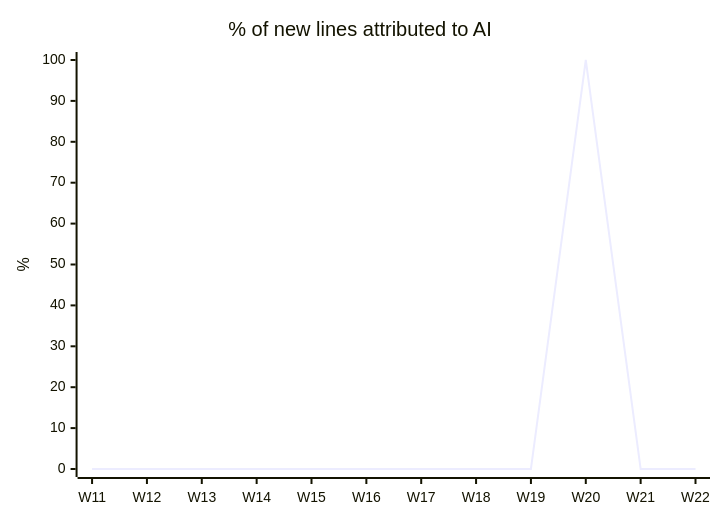
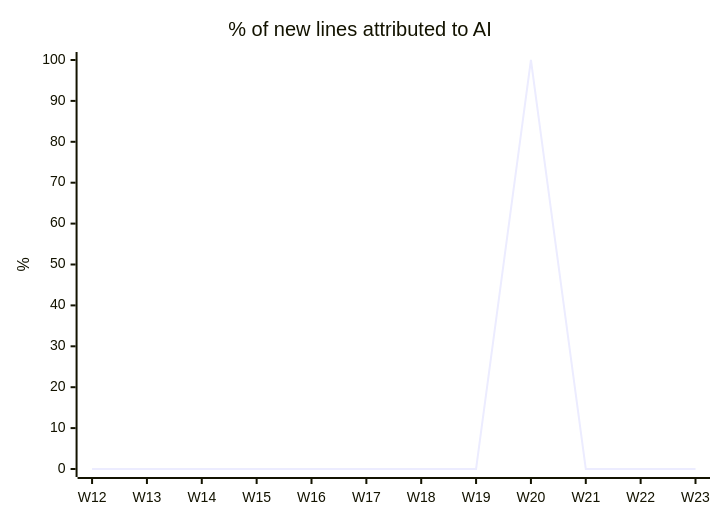
Before and after one commit to fromwaydowntown/ai-use: the first of 4 diagrams in docs/AI_USAGE.md, drawn with Mermaid. The commit also changed other lines of this file, not shown here.

````diff
--- a/docs/AI_USAGE.md
+++ b/docs/AI_USAGE.md
@@ -17,7 +17,7 @@
 ```mermaid
 xychart-beta
     title "% of new lines attributed to AI"
-    x-axis ["W11", "W12", "W13", "W14", "W15", "W16", "W17", "W18", "W19", "W20", "W21", "W22"]
+    x-axis ["W12", "W13", "W14", "W15", "W16", "W17", "W18", "W19", "W20", "W21", "W22", "W23"]
     y-axis "%" 0 --> 100
-    line [0, 0, 0, 0, 0, 0, 0, 0, 0, 100, 0, 0]
+    line [0, 0, 0, 0, 0, 0, 0, 0, 100, 0, 0, 0]
 ```
````
